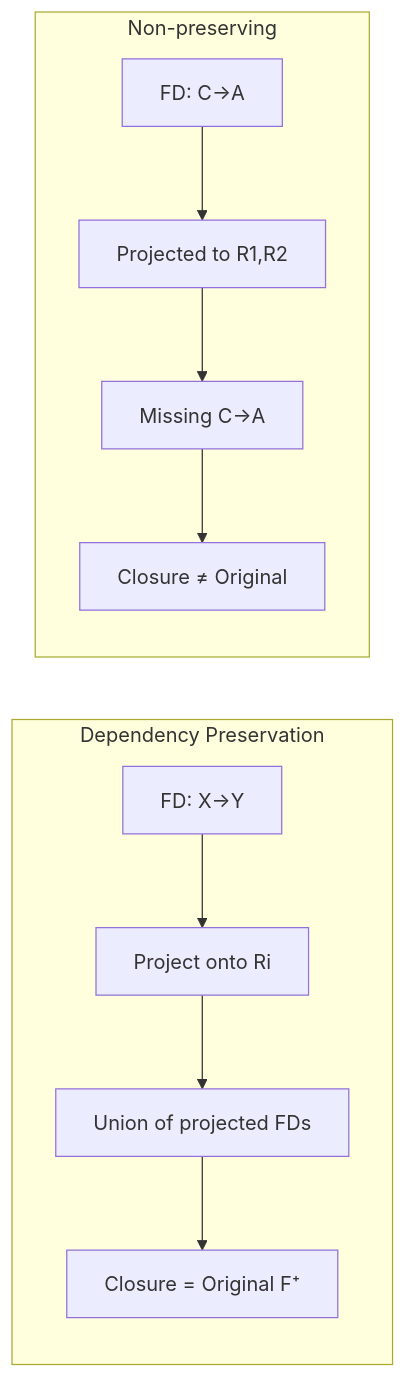
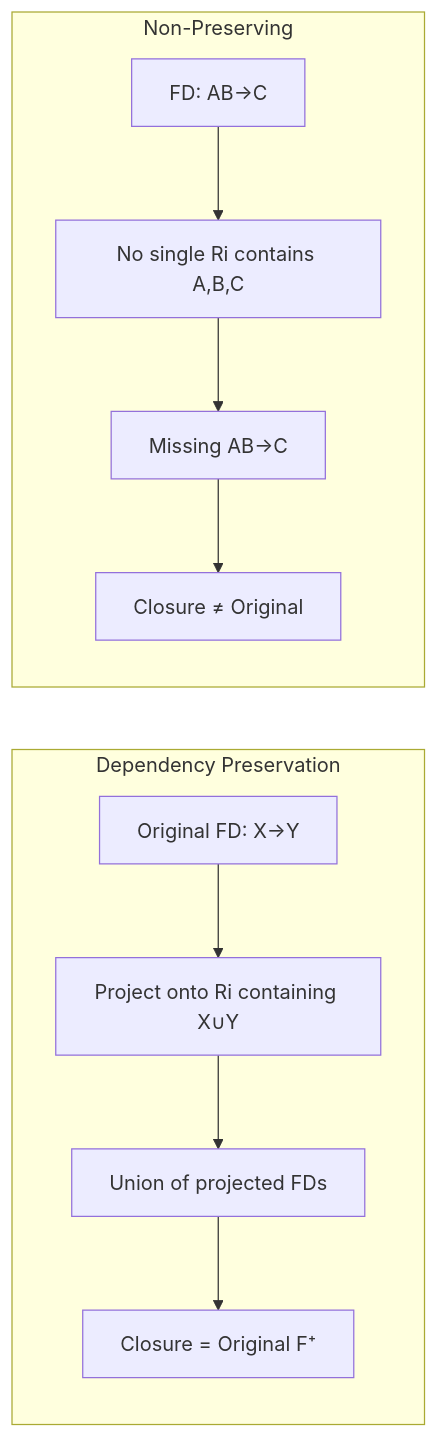
Before and after one commit to manishkumar8312/CS-Fundamentals: the seventh of 8 diagrams in DBMS/Ch 07 - Normalization.md, drawn with Mermaid. The commit also changed other lines of this file, not shown here.

````diff
--- a/DBMS/Ch 07 - Normalization.md
+++ b/DBMS/Ch 07 - Normalization.md
@@ -170,13 +269,13 @@
 ```mermaid
 graph LR
     subgraph "Dependency Preservation"
-        FD1[FD: X→Y] --> Proj[Project onto Ri]
+        FD[Original FD: X→Y] --> Proj[Project onto Ri containing X∪Y]
         Proj --> Union[Union of projected FDs]
         Union --> Closure[Closure = Original F⁺]
     end
-    subgraph "Non-preserving"
-        FD2[FD: C→A] --> Proj2[Projected to R1,R2]
-        Proj2 --> Union2[Missing C→A]
+    subgraph "Non-Preserving"
+        FD2[FD: AB→C] --> Proj2[No single Ri contains A,B,C]
+        Proj2 --> Union2[Missing AB→C]
         Union2 --> Closure2[Closure ≠ Original]
     end
 ```
````
